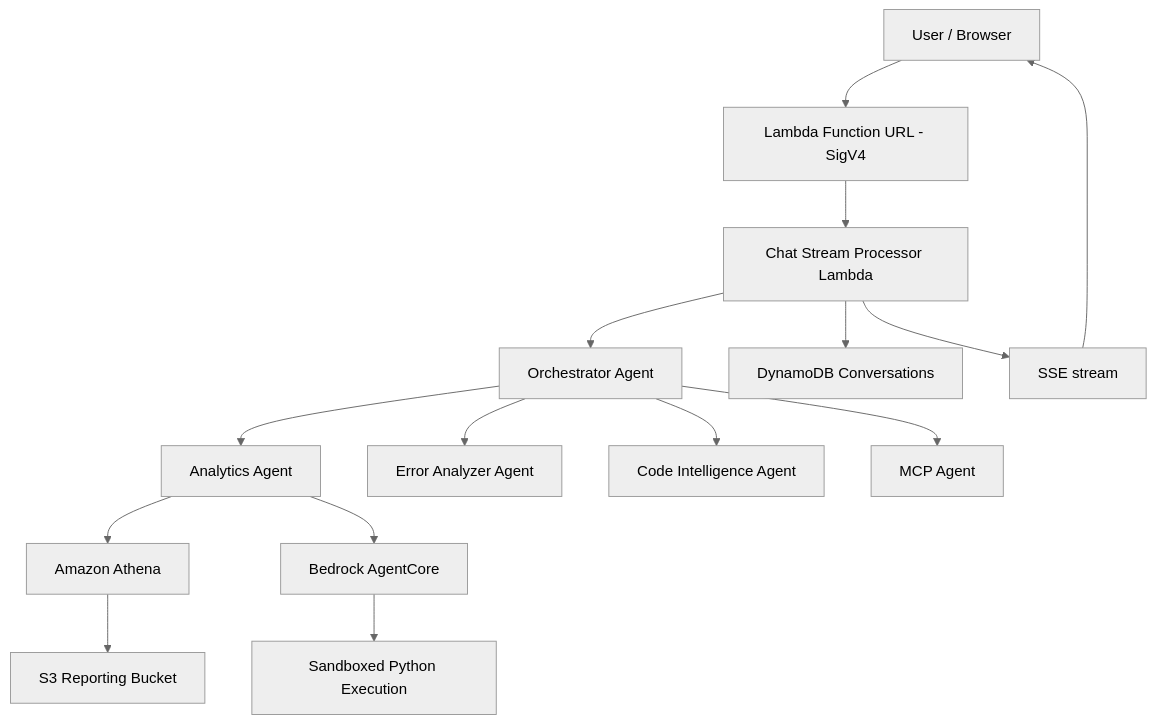
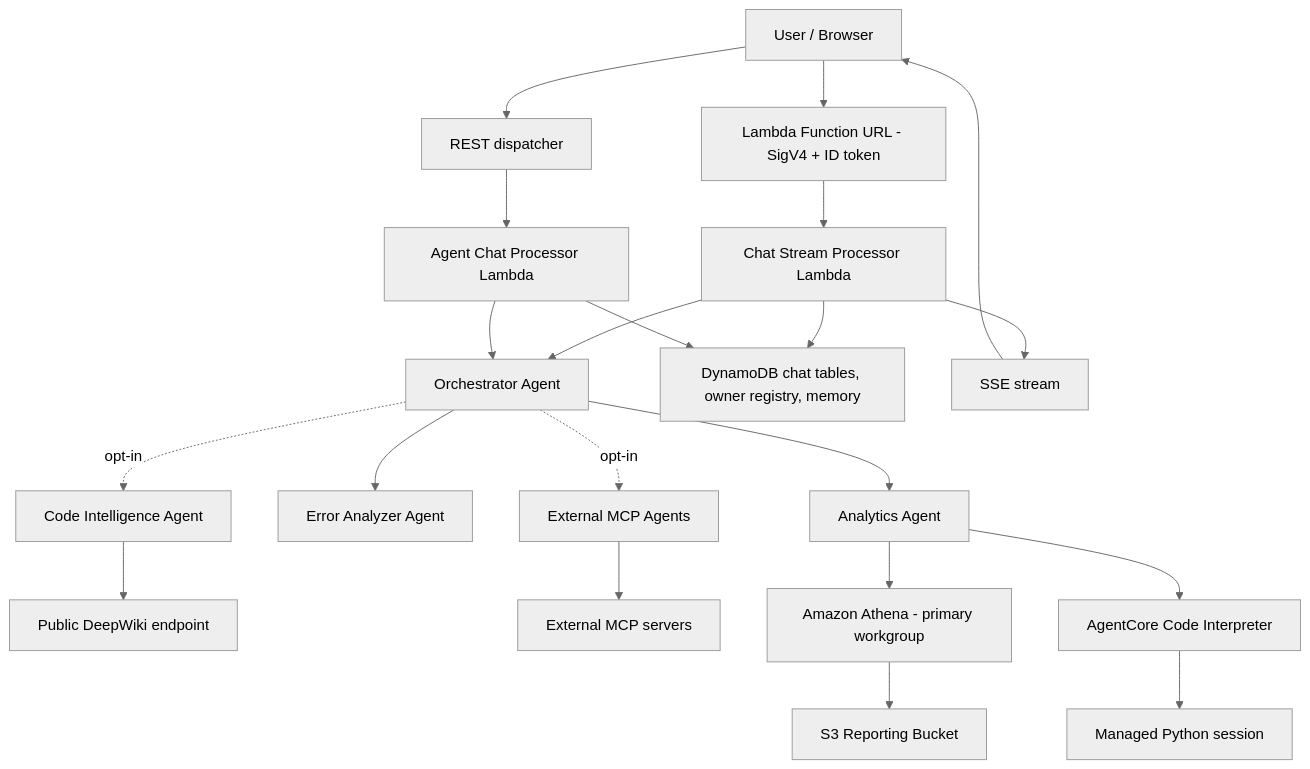
One commit to aws-solutions-library-samples/accelerated-intelligent-document-processing-on-aws changed the diagram in security/threat-modeling/feature-threats/agent-analysis.md. Above: the diagram before and after it, drawn with Mermaid (neutral theme). The commit also changed other lines of this file and 26 other files, not shown here.

````diff
--- a/security/threat-modeling/feature-threats/agent-analysis.md
+++ b/security/threat-modeling/feature-threats/agent-analysis.md
@@ -26,21 +28,28 @@
 ```mermaid
 flowchart TD
-    User[User / Browser] --> FURL[Lambda Function URL - SigV4]
+    User[User / Browser] --> FURL[Lambda Function URL - SigV4 + ID token]
+    User --> REST[REST dispatcher]
     FURL --> ChatLambda[Chat Stream Processor Lambda]
+    REST --> ChatProc[Agent Chat Processor Lambda]
     ChatLambda --> Orchestrator[Orchestrator Agent]
-    
+    ChatProc --> Orchestrator
+
     Orchestrator --> Analytics[Analytics Agent]
     Orchestrator --> ErrorAgent[Error Analyzer Agent]
-    Orchestrator --> CodeAgent[Code Intelligence Agent]
-    Orchestrator --> MCPAgent[MCP Agent]
-    
-    Analytics --> Athena[Amazon Athena]
-    Analytics --> AgentCore[Bedrock AgentCore]
-    AgentCore --> CodeExec[Sandboxed Python Execution]
-    
+    Orchestrator -. opt-in .-> CodeAgent[Code Intelligence Agent]
+    Orchestrator -. opt-in .-> MCPAgent[External MCP Agents]
+
+    CodeAgent --> DeepWiki[Public DeepWiki endpoint]
+    MCPAgent --> ExtMCP[External MCP servers]
+
+    Analytics --> Athena[Amazon Athena - primary workgroup]
+    Analytics --> AgentCore[AgentCore Code Interpreter]
+    AgentCore --> CodeExec[Managed Python session]
+
     Athena --> S3Report[S3 Reporting Bucket]
-    
-    ChatLambda --> DDB[DynamoDB Conversations]
+
+    ChatLambda --> DDB[DynamoDB chat tables, owner registry, memory]
+    ChatProc --> DDB
     ChatLambda --> SSE[SSE stream]
     SSE --> User
 ```
````
